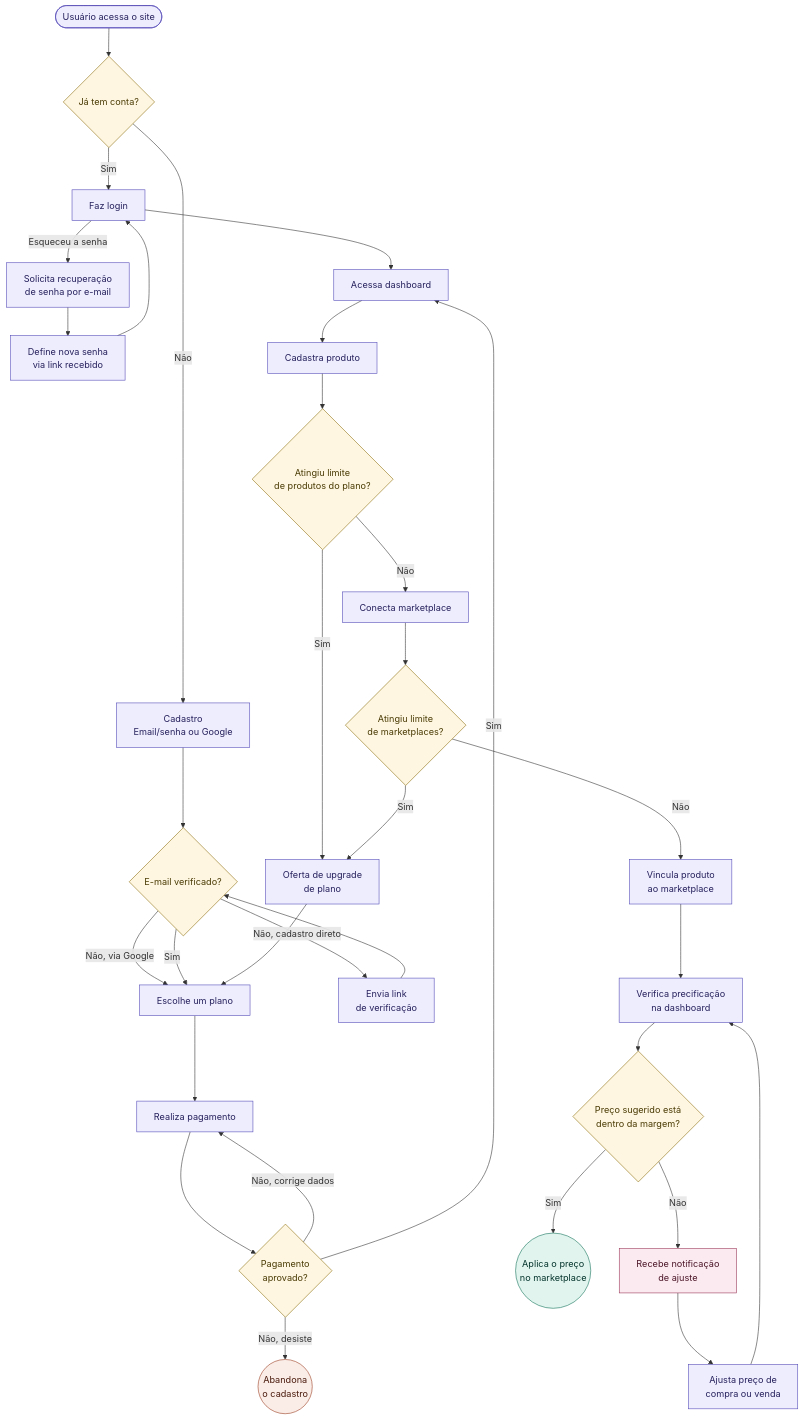
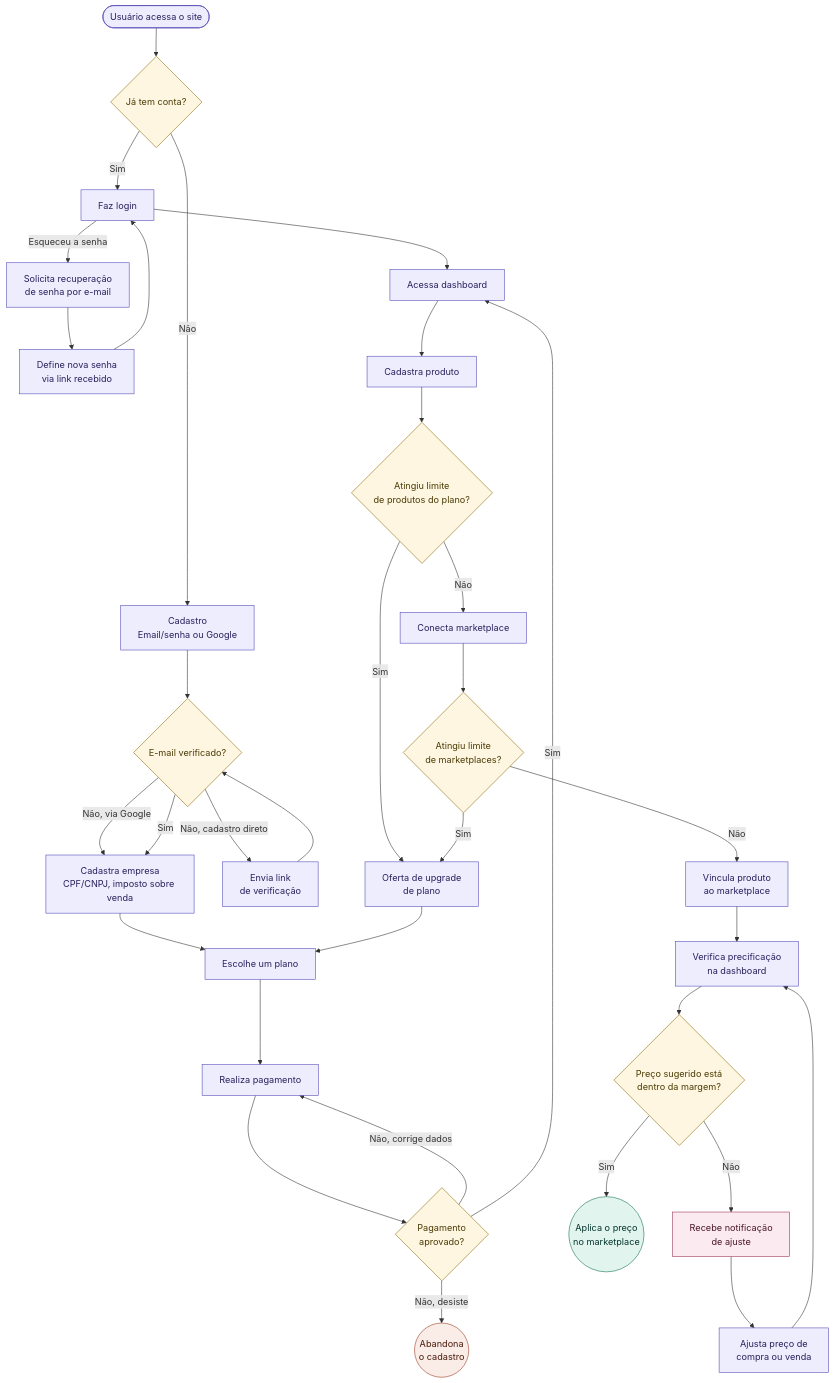
One commit to oseasmoreto/orbita.web changed the third of 3 diagrams in docs/negocio/contexto-plataforma-precificacao.md. Above: the diagram before and after it, drawn with Mermaid. The commit also changed other lines of this file and 39 other files, not shown here.

````diff
--- a/docs/negocio/contexto-plataforma-precificacao.md
+++ b/docs/negocio/contexto-plataforma-precificacao.md
@@ -353,55 +378,58 @@
 ```mermaid
 flowchart TD
     Start([Usuário acessa o site]) --> HasAccount{Já tem conta?}
     HasAccount -->|Sim| Login[Faz login]
     HasAccount -->|Não| Signup[Cadastro<br/>Email/senha ou Google]
 
     Login -->|Esqueceu a senha| ForgotPassword[Solicita recuperação<br/>de senha por e-mail]
     ForgotPassword --> ResetPassword[Define nova senha<br/>via link recebido]
     ResetPassword --> Login
 
     Signup --> EmailVerified{E-mail verificado?}
-    EmailVerified -->|Não, via Google| ChoosePlan
-    EmailVerified -->|Sim| ChoosePlan
+    EmailVerified -->|Não, via Google| RegisterCompany
+    EmailVerified -->|Sim| RegisterCompany
     EmailVerified -->|Não, cadastro direto| SendVerification[Envia link<br/>de verificação]
     SendVerification --> EmailVerified
+
+    RegisterCompany[Cadastra empresa<br/>CPF/CNPJ, imposto sobre venda]
+    RegisterCompany --> ChoosePlan
 
     ChoosePlan[Escolhe um plano]
     Login --> Dashboard[Acessa dashboard]
 
     ChoosePlan --> Payment[Realiza pagamento]
 
     Payment --> PaymentOk{Pagamento<br/>aprovado?}
     PaymentOk -->|Não, corrige dados| Payment
     PaymentOk -->|Não, desiste| Abandon((Abandona<br/>o cadastro))
     PaymentOk -->|Sim| Dashboard
 
     Dashboard --> RegisterProduct[Cadastra produto]
     RegisterProduct --> ProductLimit{Atingiu limite<br/>de produtos do plano?}
     ProductLimit -->|Sim| Upgrade[Oferta de upgrade<br/>de plano]
     Upgrade --> ChoosePlan
     ProductLimit -->|Não| ConnectMkt[Conecta marketplace]
 
     ConnectMkt --> MktLimit{Atingiu limite<br/>de marketplaces?}
     MktLimit -->|Sim| Upgrade
     MktLimit -->|Não| LinkProduct[Vincula produto<br/>ao marketplace]
 
     LinkProduct --> CheckPricing[Verifica precificação<br/>na dashboard]
     CheckPricing --> MarginOk{Preço sugerido está<br/>dentro da margem?}
     MarginOk -->|Sim| Success((Aplica o preço<br/>no marketplace))
     MarginOk -->|Não| Notify[Recebe notificação<br/>de ajuste]
     Notify --> AdjustPrice[Ajusta preço de<br/>compra ou venda]
     AdjustPrice --> CheckPricing
 
     classDef process fill:#EEEDFE,stroke:#534AB7,color:#26215C
     classDef decision fill:#FEF6E0,stroke:#8A6D0B,color:#4A3B05
     classDef success fill:#E1F5EE,stroke:#0F6E56,color:#04342C
     classDef exit fill:#FAECE7,stroke:#993C1D,color:#4A1B0C
     classDef notif fill:#FBEAF0,stroke:#993556,color:#4B1528
 
-    class Start,Login,Signup,ChoosePlan,Payment,Dashboard,RegisterProduct,ConnectMkt,LinkProduct,CheckPricing,AdjustPrice,Upgrade,ForgotPassword,ResetPassword,SendVerification process
+    class Start,Login,Signup,RegisterCompany,ChoosePlan,Payment,Dashboard,RegisterProduct,ConnectMkt,LinkProduct,CheckPricing,AdjustPrice,Upgrade,ForgotPassword,ResetPassword,SendVerification process
     class HasAccount,PaymentOk,ProductLimit,MktLimit,MarginOk,EmailVerified decision
     class Success success
     class Abandon exit
     class Notify notif
 ```
````
